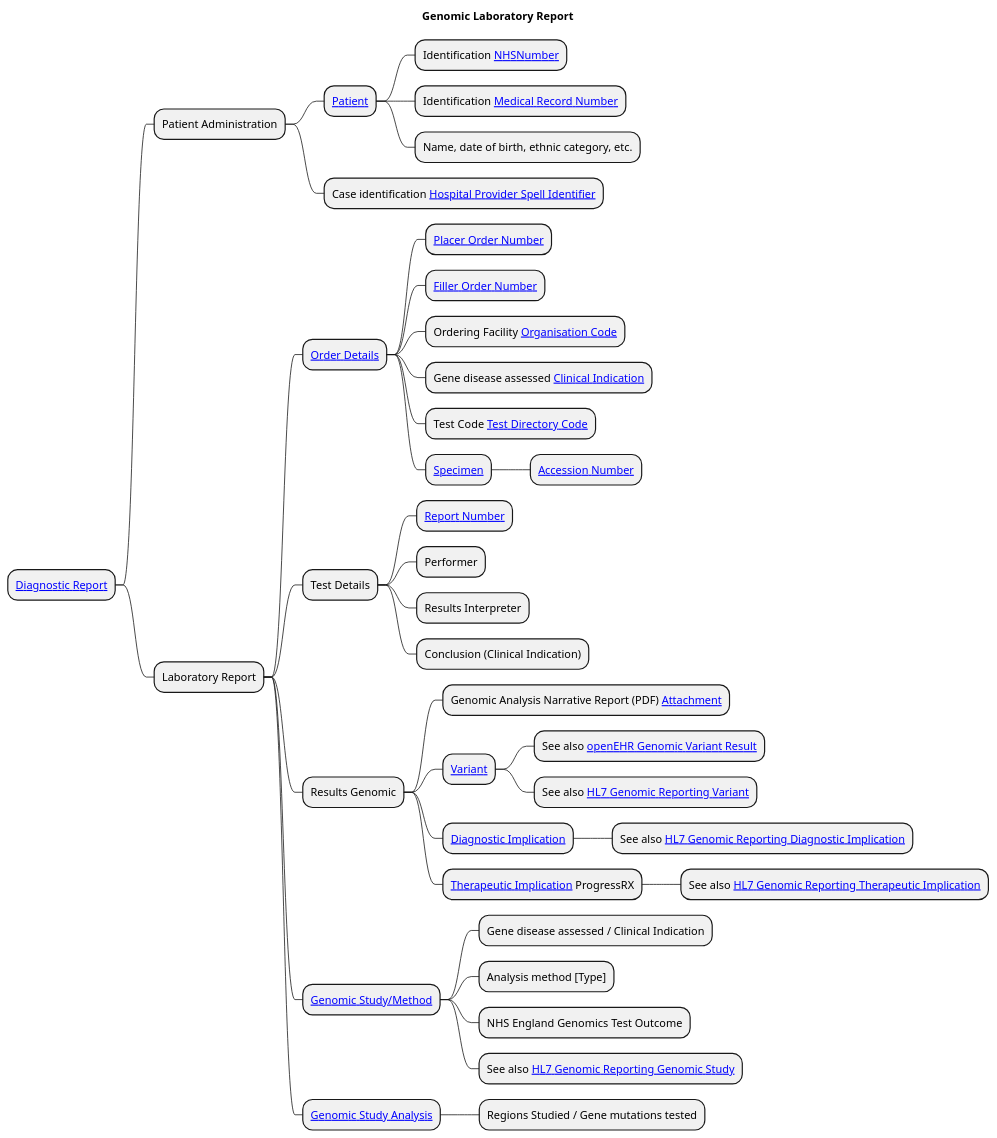
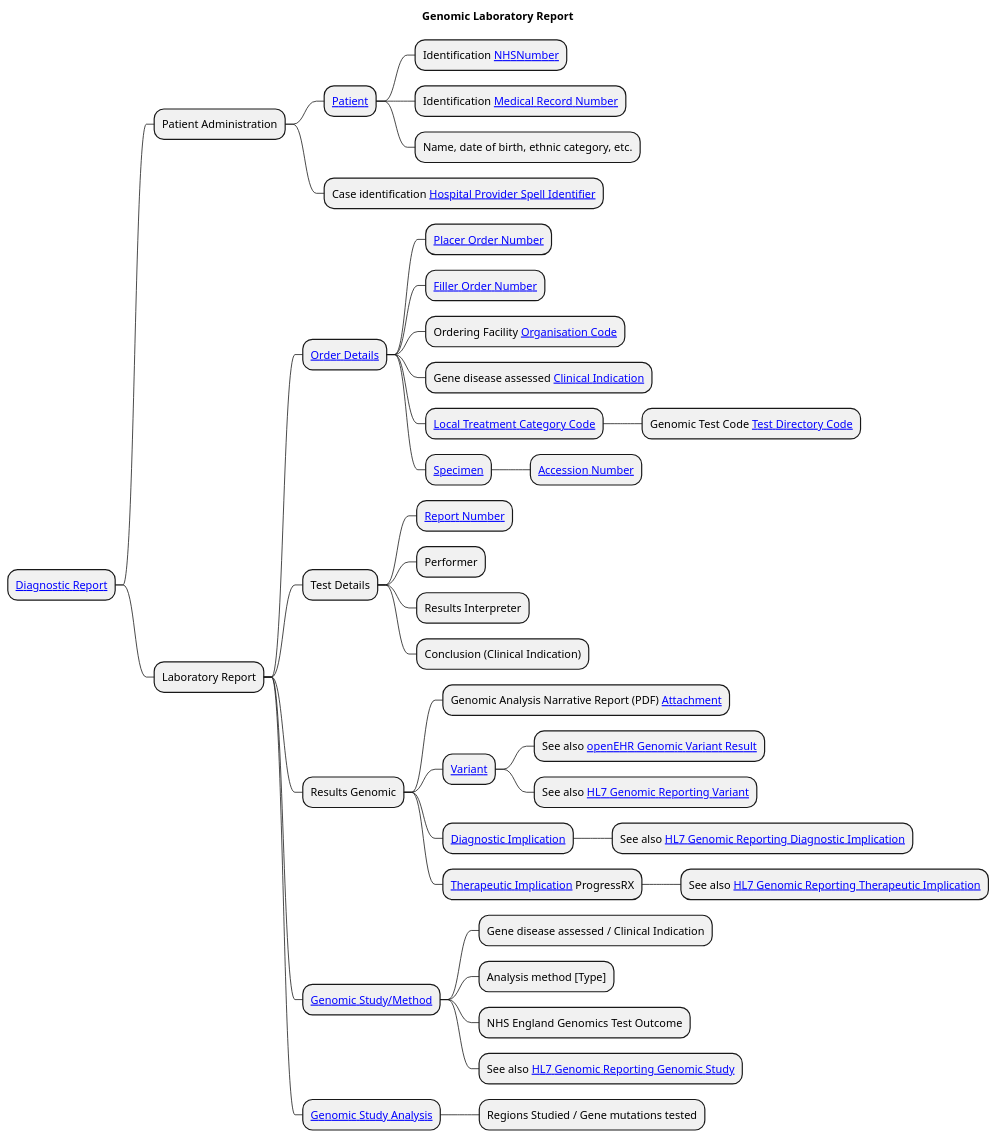
Before and after one commit to uk-gov-mirror/nw-gmsa.nw-gmsa.github.com: the diagram in input/images-source/LaboratoryReport-mindmap.plantuml, drawn with PlantUML. The commit also changed 1 other file, not shown here.

Commit message:
Test Category codes

```diff
--- a/input/images-source/LaboratoryReport-mindmap.plantuml
+++ b/input/images-source/LaboratoryReport-mindmap.plantuml
@@ -1,43 +1,44 @@
 @startmindmap
 
 title "Genomic Laboratory Report"
 
 * [[StructureDefinition-DiagnosticReport.html Diagnostic Report]]
 ** Patient Administration
 *** [[StructureDefinition-Patient.html Patient]]
 **** Identification [[StructureDefinition-NHSNumber.html NHSNumber]]
 **** Identification [[StructureDefinition-MedicalRecordNumber.html Medical Record Number]]
 **** Name, date of birth, ethnic category, etc.
 *** Case identification [[StructureDefinition-HospitalProviderSpellIdentifier.html Hospital Provider Spell Identifier]]
 ** Laboratory Report
 *** [[Questionnaire-GenomicTestOrder.html Order Details]]
 **** [[StructureDefinition-PlacerOrderNumber.html Placer Order Number]]
 **** [[StructureDefinition-FillerOrderNumber.html Filler Order Number]]
 **** Ordering Facility [[StructureDefinition-OrganisationCode.html Organisation Code]]
 **** Gene disease assessed [[CodeSystem-GenomicClinicalIndication.html Clinical Indication]]
-**** Test Code [[CodeSystem-GenomicTestCode.html Test Directory Code]]
+**** [[https://www.datadictionary.nhs.uk/data_elements/local_treatment_category_code.html Local Treatment Category Code]]
+***** Genomic Test Code [[CodeSystem-GenomicTestCode.html Test Directory Code]]
 **** [[StructureDefinition-Specimen.html Specimen]]
 ***** [[StructureDefinition-AccessionNumber.html Accession Number]]
 *** Test Details
 **** [[StructureDefinition-ReportNumber.html Report Number]]
 **** Performer
 **** Results Interpreter
 **** Conclusion (Clinical Indication)
 *** Results Genomic
 **** Genomic Analysis Narrative Report (PDF) [[StructureDefinition-NWAttachment.html Attachment]]
 **** [[StructureDefinition-Observation-Variant.html Variant]]
 ***** See also [[https://ckm.openehr.org/ckm/archetypes/1013.1.3759/mindmap openEHR Genomic Variant Result]]
 ***** See also [[https://build.fhir.org/ig/HL7/genomics-reporting/StructureDefinition-variant.html HL7 Genomic Reporting Variant]]
 **** [[StructureDefinition-Observation-DiagnosticImplication.html Diagnostic Implication]]
 ***** See also [[https://build.fhir.org/ig/HL7/genomics-reporting/StructureDefinition-diagnostic-implication.html HL7 Genomic Reporting Diagnostic Implication]]
 **** [[StructureDefinition-Observation-TherapeuticImplication.html Therapeutic Implication]] ProgressRX
 ***** See also [[https://build.fhir.org/ig/HL7/genomics-reporting/StructureDefinition-therapeutic-implication.html HL7 Genomic Reporting Therapeutic Implication]]
 *** [[StructureDefinition-Procedure-GenomicStudy.html Genomic Study/Method]]
 **** Gene disease assessed / Clinical Indication
 **** Analysis method [Type]
 **** NHS England Genomics Test Outcome
 **** See also [[https://build.fhir.org/ig/HL7/genomics-reporting/StructureDefinition-genomic-study.html HL7 Genomic Reporting Genomic Study]]
 *** [[https://build.fhir.org/ig/HL7/genomics-reporting/StructureDefinition-genomic-study-analysis.html Genomic Study Analysis]]
 **** Regions Studied / Gene mutations tested
 
 @endmindmap
```
